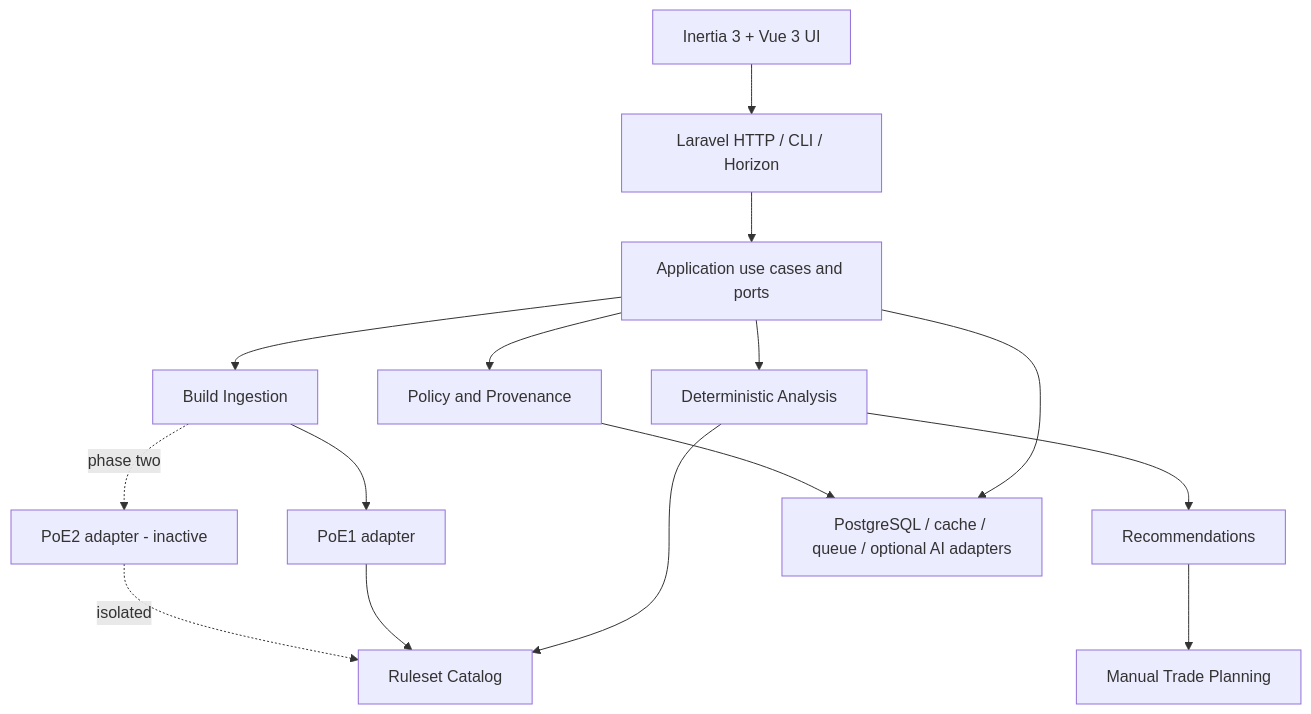
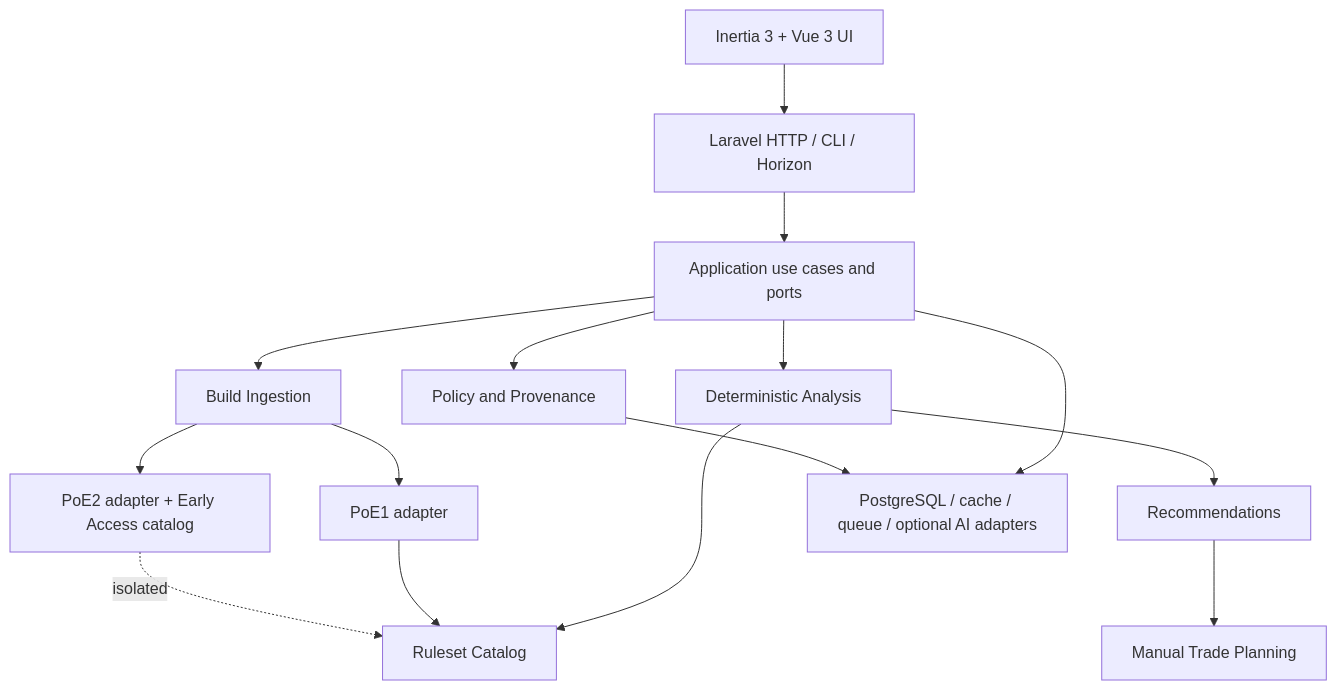
One commit to cryptopust/lootwright changed the diagram in docs/architecture/module-map.md. Above: the diagram before and after it, drawn with Mermaid. The commit also changed other lines of this file and 42 other files, not shown here.

````diff
--- a/docs/architecture/module-map.md
+++ b/docs/architecture/module-map.md
@@ -5,27 +5,27 @@
 ```mermaid
 flowchart TB
     UI[Inertia 3 + Vue 3 UI]
     HTTP[Laravel HTTP / CLI / Horizon]
     APP[Application use cases and ports]
     GATE[Policy and Provenance]
     INGEST[Build Ingestion]
     ANALYSIS[Deterministic Analysis]
     RECO[Recommendations]
     TRADE[Manual Trade Planning]
     RULES[Ruleset Catalog]
     P1[PoE1 adapter]
-    P2[PoE2 adapter - inactive]
+    P2[PoE2 adapter + Early Access catalog]
     INFRA[PostgreSQL / cache / queue / optional AI adapters]
 
     UI --> HTTP --> APP
     APP --> GATE
     APP --> INGEST
     APP --> ANALYSIS --> RECO --> TRADE
     INGEST --> P1
-    INGEST -. phase two .-> P2
+    INGEST --> P2
     ANALYSIS --> RULES
     P1 --> RULES
     P2 -. isolated .-> RULES
     APP --> INFRA
     GATE --> INFRA
 ```
````
